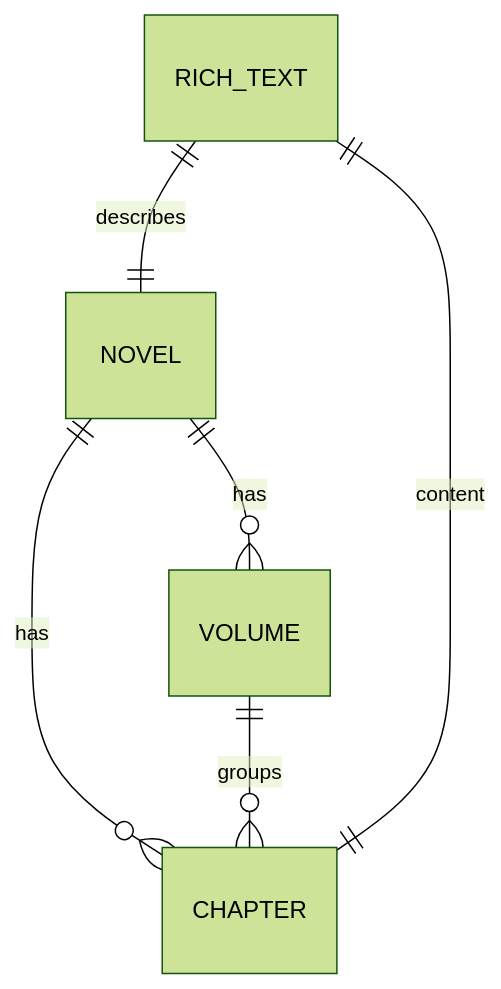
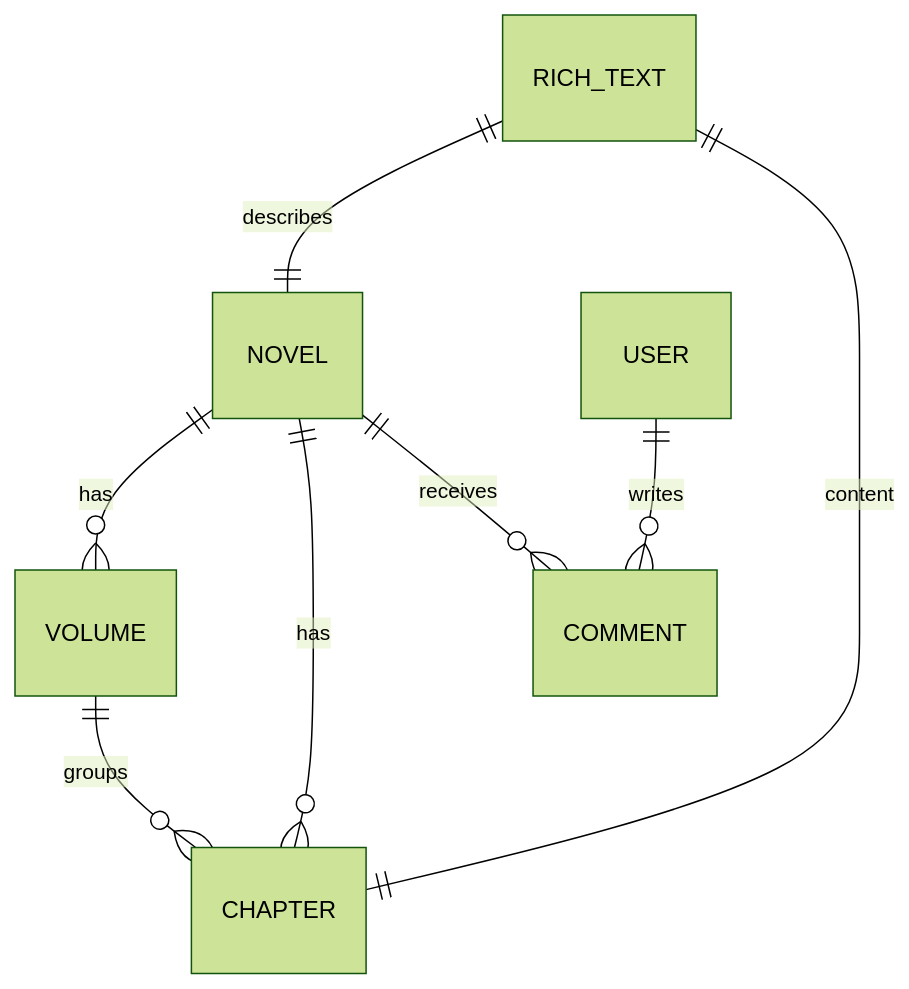
One commit to Shashank3736/quaslation changed the second of 3 diagrams in README.md. Above: the diagram before and after it, drawn with Mermaid (forest theme). The commit also changed other lines of this file and 1 other file, not shown here.

First line of the commit message:
feat(changelog): Update project version and document new comment system

````diff
--- a/README.md
+++ b/README.md
@@ -116,8 +130,10 @@
 ```mermaid
 erDiagram
   NOVEL ||--o{ VOLUME : has
   NOVEL ||--o{ CHAPTER : has
+  NOVEL ||--o{ COMMENT : receives
   VOLUME ||--o{ CHAPTER : groups
   RICH_TEXT ||--|| NOVEL : describes
   RICH_TEXT ||--|| CHAPTER : content
+  USER ||--o{ COMMENT : writes
 ```
````
